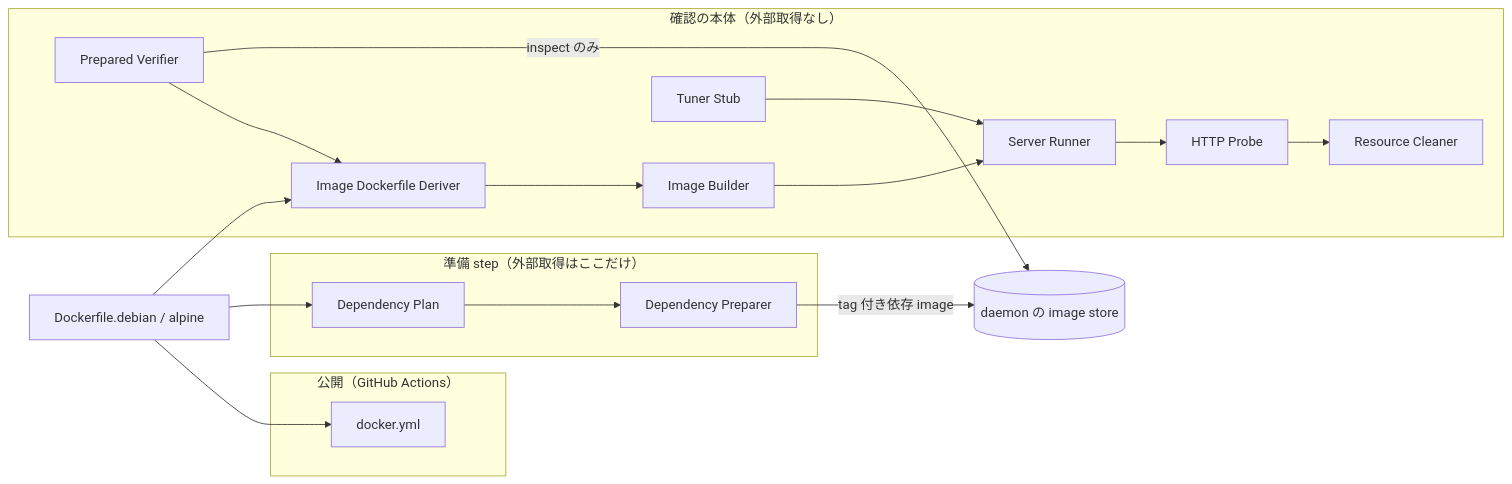
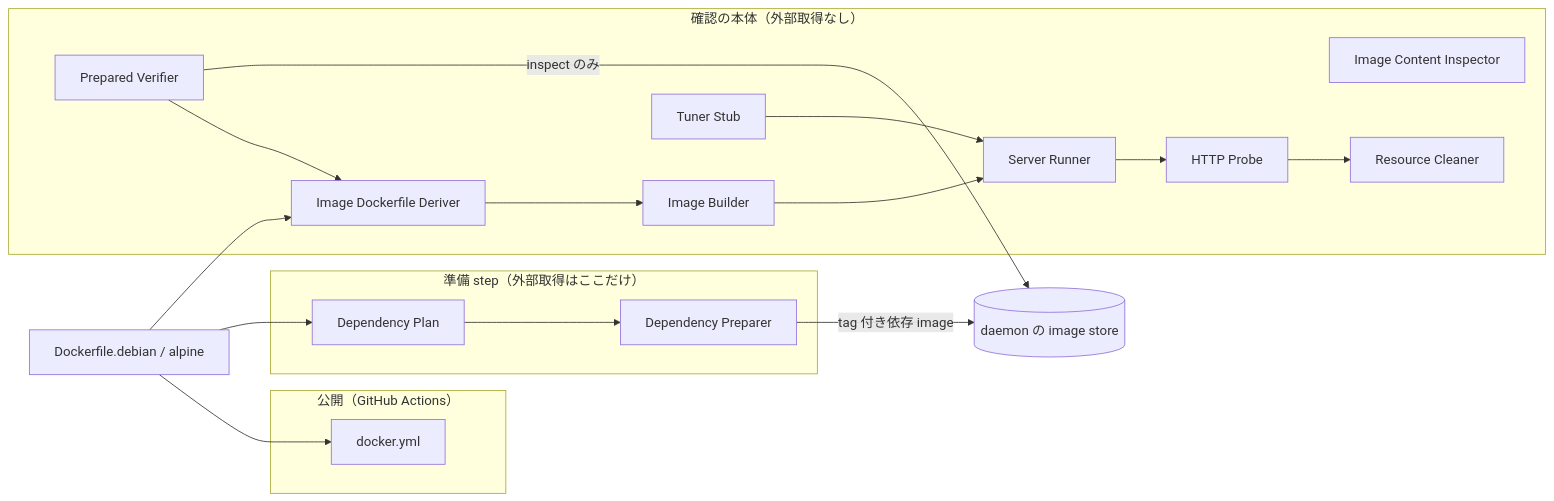
Before and after one commit to l3tnun/EPGStation: the fifth of 6 diagrams in .kiro/specs/server-application-runtime/design.md, drawn with Mermaid. The commit also changed other lines of this file and 4 other files, not shown here.

````diff
--- a/.kiro/specs/server-application-runtime/design.md
+++ b/.kiro/specs/server-application-runtime/design.md
@@ -1068,30 +1068,31 @@
 ```mermaid
 flowchart LR
     subgraph Prepare[準備 step（外部取得はここだけ）]
         Plan[Dependency Plan]
         Prep[Dependency Preparer]
     end
     subgraph Check[確認の本体（外部取得なし）]
         Verify[Prepared Verifier]
         Derive[Image Dockerfile Deriver]
         Build[Image Builder]
         Stub[Tuner Stub]
         Run[Server Runner]
         Probe[HTTP Probe]
+        Inspect[Image Content Inspector]
         Clean[Resource Cleaner]
     end
     PD[Dockerfile.debian / alpine] --> Plan
     PD --> Derive
     Plan --> Prep
     Prep -->|tag 付き依存 image| Store[(daemon の image store)]
     Verify -->|inspect のみ| Store
     Verify --> Derive --> Build
     Build --> Run
     Stub --> Run
     Run --> Probe
     Probe --> Clean
     subgraph Publish[公開（GitHub Actions）]
         WF[docker.yml]
     end
     PD --> WF
 ```
````
